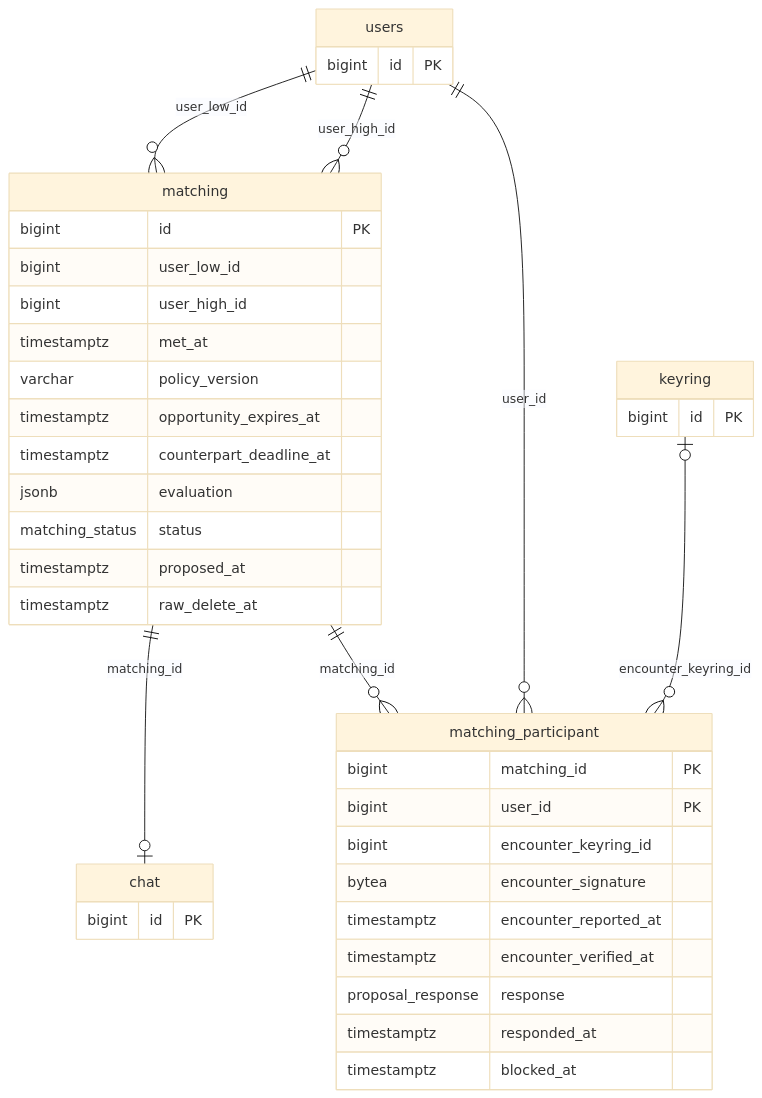
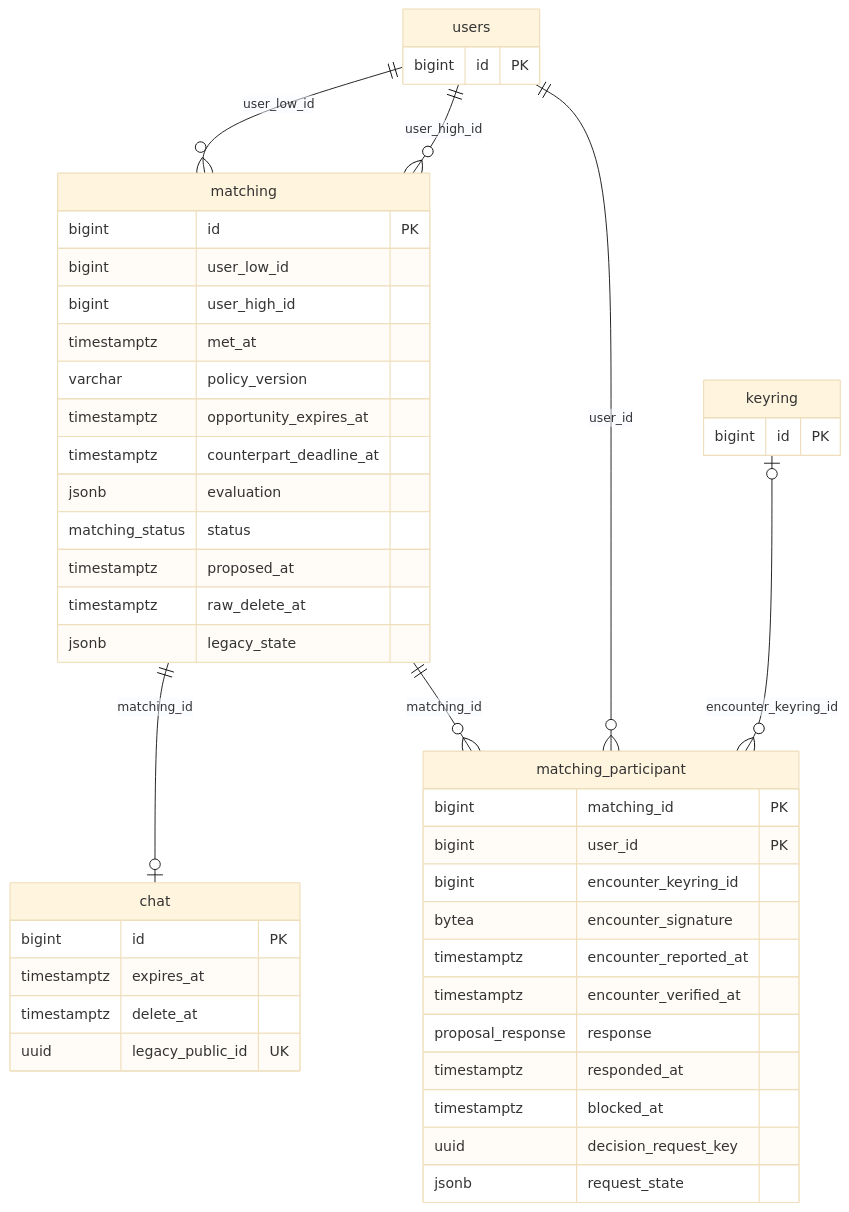
One commit to j-moo/Tingle changed the diagram in docs/database/erd-3.mmd. Above: the diagram before and after it, drawn with Mermaid (base theme). The commit also changed 151 other files, not shown here.

```diff
--- a/docs/database/erd-3.mmd
+++ b/docs/database/erd-3.mmd
@@ -1,41 +1,47 @@
 %% ERD21 design view; relationships are logical, not production FK proof.
 erDiagram
     matching {
         bigint id PK
         bigint user_low_id
         bigint user_high_id
         timestamptz met_at
         varchar policy_version
         timestamptz opportunity_expires_at
         timestamptz counterpart_deadline_at
         jsonb evaluation
         matching_status status
         timestamptz proposed_at
         timestamptz raw_delete_at
+        jsonb legacy_state
     }
     matching_participant {
         bigint matching_id PK
         bigint user_id PK
         bigint encounter_keyring_id
         bytea encounter_signature
         timestamptz encounter_reported_at
         timestamptz encounter_verified_at
         proposal_response response
         timestamptz responded_at
         timestamptz blocked_at
+        uuid decision_request_key
+        jsonb request_state
     }
     chat {
         bigint id PK
+        timestamptz expires_at
+        timestamptz delete_at
+        uuid legacy_public_id UK
     }
     keyring {
         bigint id PK
     }
     users {
         bigint id PK
     }
     users ||--o{ matching : "user_low_id"
     users ||--o{ matching : "user_high_id"
     matching ||--o| chat : "matching_id"
     matching ||--o{ matching_participant : "matching_id"
     users ||--o{ matching_participant : "user_id"
     keyring o|--o{ matching_participant : "encounter_keyring_id"
```
